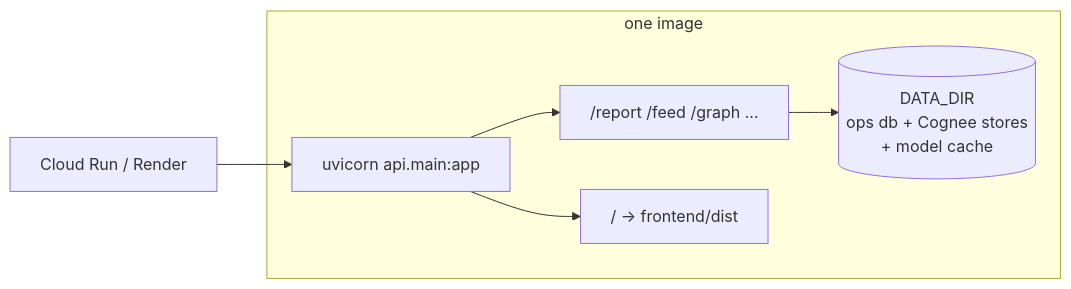
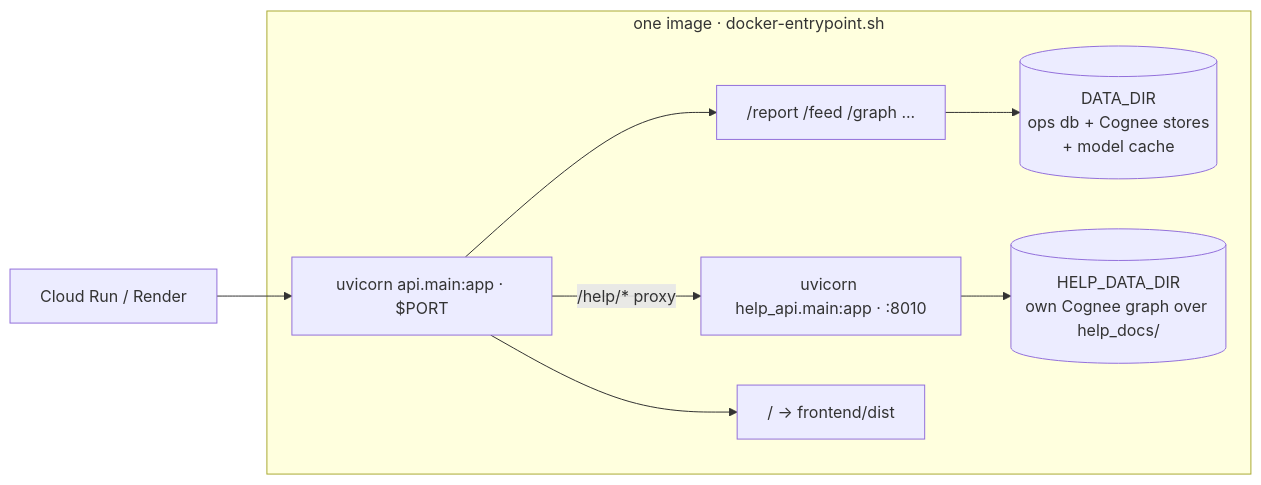
One commit to aniket-3001/Antibody changed the diagram in docs/deployment.md. Above: the diagram before and after it, drawn with Mermaid. The commit also changed other lines of this file and 6 other files, not shown here.

First line of the commit message:
feat(deploy): ship Help chatbot in the single container

````diff
--- a/docs/deployment.md
+++ b/docs/deployment.md
@@ -7,10 +11,13 @@
 ```mermaid
 flowchart LR
-    subgraph Container["one image"]
-        UVI["uvicorn api.main:app"]
+    subgraph Container["one image · docker-entrypoint.sh"]
+        UVI["uvicorn api.main:app · $PORT"]
+        HELP["uvicorn help_api.main:app · :8010"]
         UVI --> API["/report /feed /graph ..."]
         UVI --> STATIC["/ → frontend/dist"]
+        UVI -- "/help/* proxy" --> HELP
         API --> DATA[("DATA_DIR<br/>ops db + Cognee stores<br/>+ model cache")]
+        HELP --> HDATA[("HELP_DATA_DIR<br/>own Cognee graph over help_docs/")]
     end
     LB["Cloud Run / Render"] --> UVI
 ```
````
